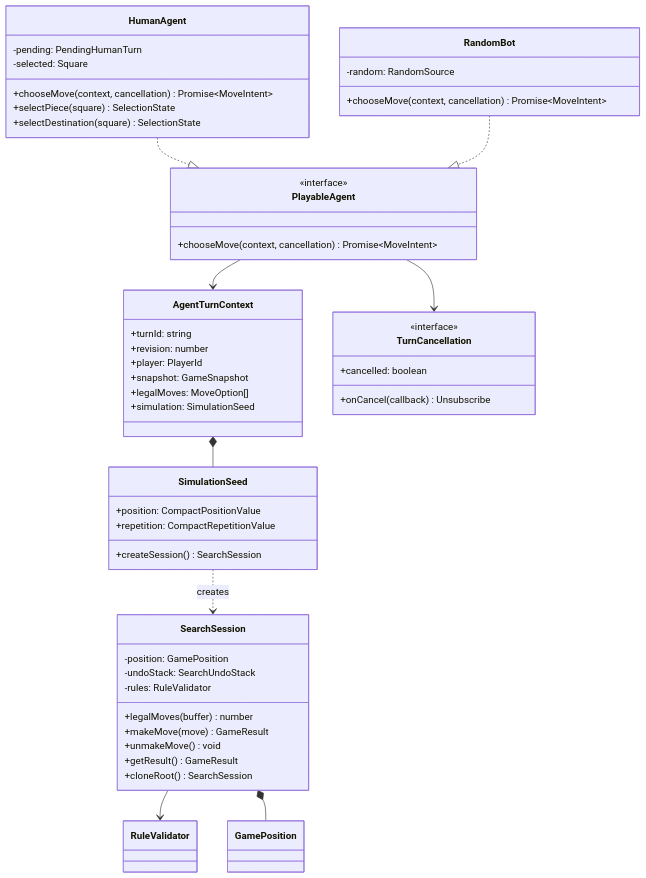
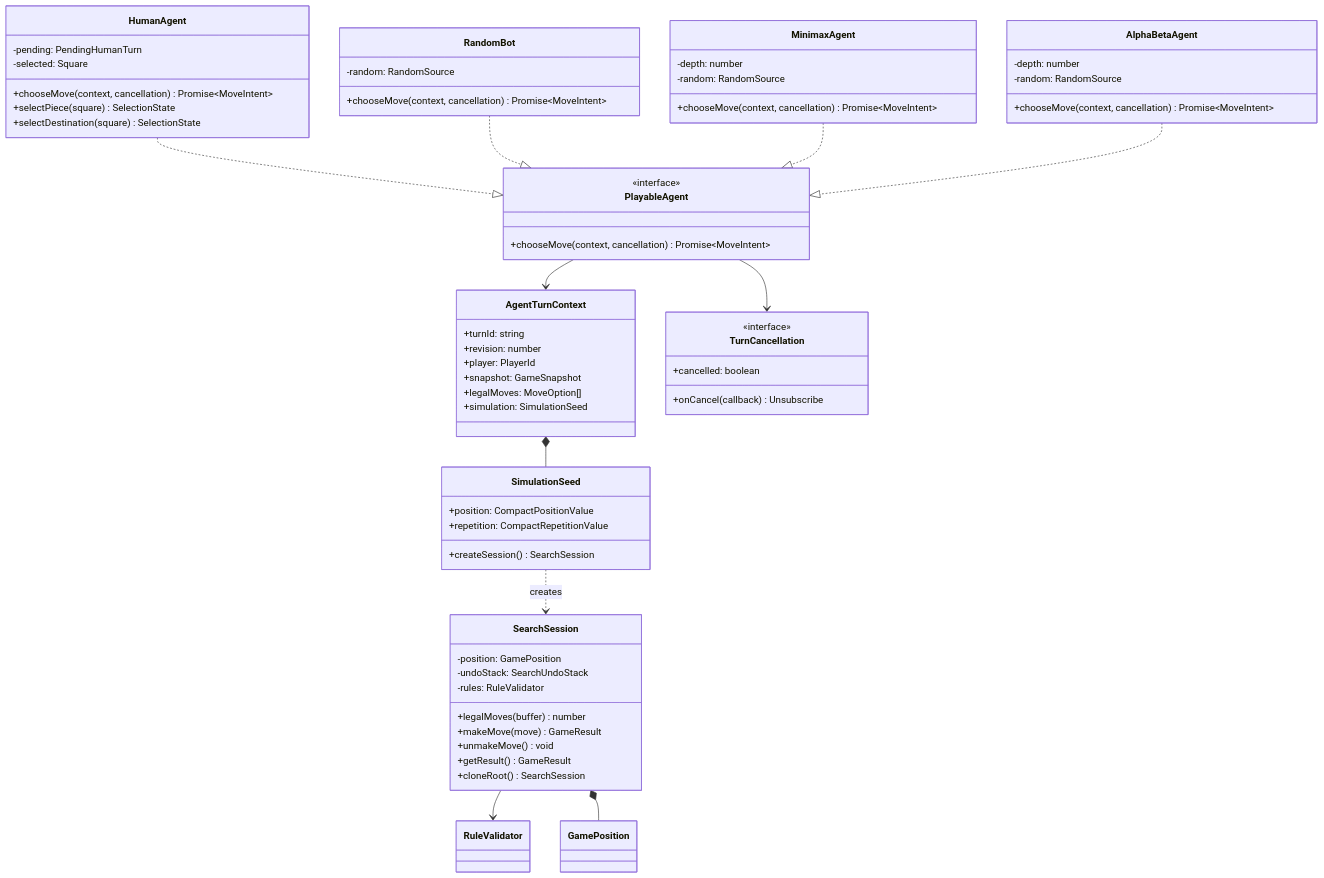
Before and after one commit to chameleonTK/systemone-thai-checkers: the third of 5 diagrams in design/class-model.md, drawn with Mermaid. The commit also changed 21 other files, not shown here.

````diff
--- a/design/class-model.md
+++ b/design/class-model.md
@@ -221,55 +221,67 @@
 ```mermaid
 classDiagram
     class PlayableAgent {
         <<interface>>
         +chooseMove(context, cancellation) Promise~MoveIntent~
     }
     class HumanAgent {
         -pending: PendingHumanTurn
         -selected: Square
         +chooseMove(context, cancellation) Promise~MoveIntent~
         +selectPiece(square) SelectionState
         +selectDestination(square) SelectionState
     }
     class RandomBot {
+        -random: RandomSource
+        +chooseMove(context, cancellation) Promise~MoveIntent~
+    }
+    class MinimaxAgent {
+        -depth: number
+        -random: RandomSource
+        +chooseMove(context, cancellation) Promise~MoveIntent~
+    }
+    class AlphaBetaAgent {
+        -depth: number
         -random: RandomSource
         +chooseMove(context, cancellation) Promise~MoveIntent~
     }
     class AgentTurnContext {
         +turnId: string
         +revision: number
         +player: PlayerId
         +snapshot: GameSnapshot
         +legalMoves: MoveOption[]
         +simulation: SimulationSeed
     }
     class TurnCancellation {
         <<interface>>
         +cancelled: boolean
         +onCancel(callback) Unsubscribe
     }
     class SimulationSeed {
         +position: CompactPositionValue
         +repetition: CompactRepetitionValue
         +createSession() SearchSession
     }
     class SearchSession {
         -position: GamePosition
         -undoStack: SearchUndoStack
         -rules: RuleValidator
         +legalMoves(buffer) number
         +makeMove(move) GameResult
         +unmakeMove() void
         +getResult() GameResult
         +cloneRoot() SearchSession
     }
 
     HumanAgent ..|> PlayableAgent
     RandomBot ..|> PlayableAgent
+    MinimaxAgent ..|> PlayableAgent
+    AlphaBetaAgent ..|> PlayableAgent
     PlayableAgent --> AgentTurnContext
     PlayableAgent --> TurnCancellation
     AgentTurnContext *-- SimulationSeed
     SimulationSeed ..> SearchSession : creates
     SearchSession --> RuleValidator
     SearchSession *-- GamePosition
 ```
````
